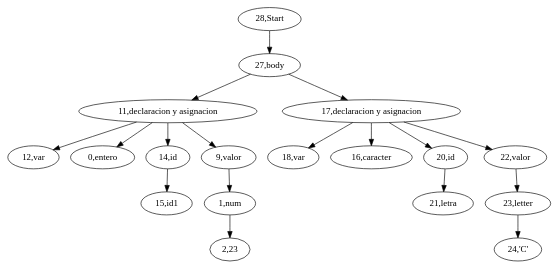
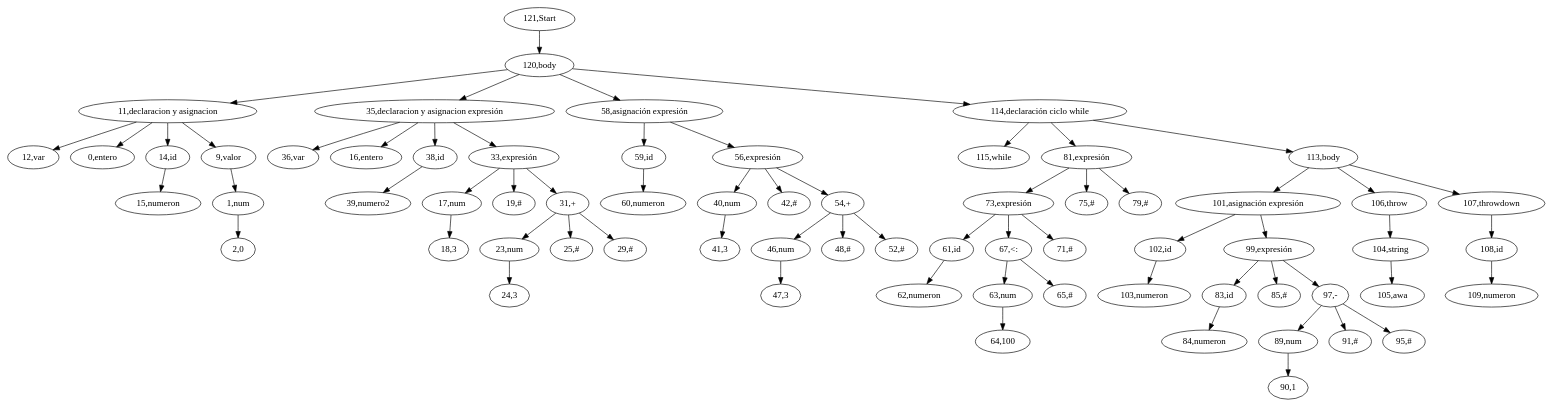
The diagram in src/AST/AST.dot (mata889/Compilacion_Proyect), drawn with Graphviz before and after one commit. The commit also changed 3 other files, not shown here.

```diff
--- a/src/AST/AST.dot
+++ b/src/AST/AST.dot
@@ -1,20 +1,70 @@
 digraph {
-"28,Start" -> "27,body";
-"27,body" -> "11,declaracion y asignacion";
+"121,Start" -> "120,body";
+"120,body" -> "11,declaracion y asignacion";
 "11,declaracion y asignacion" -> "12,var";
 "11,declaracion y asignacion" -> "0,entero";
 "11,declaracion y asignacion" -> "14,id";
-"14,id" -> "15,id1";
+"14,id" -> "15,numeron";
 "11,declaracion y asignacion" -> "9,valor";
 "9,valor" -> "1,num";
-"1,num" -> "2,23";
-"27,body" -> "17,declaracion y asignacion";
-"17,declaracion y asignacion" -> "18,var";
-"17,declaracion y asignacion" -> "16,caracter";
-"17,declaracion y asignacion" -> "20,id";
-"20,id" -> "21,letra";
-"17,declaracion y asignacion" -> "22,valor";
-"22,valor" -> "23,letter";
-"23,letter" -> "24,'C'";
+"1,num" -> "2,0";
+"120,body" -> "35,declaracion y asignacion expresión";
+"35,declaracion y asignacion expresión" -> "36,var";
+"35,declaracion y asignacion expresión" -> "16,entero";
+"35,declaracion y asignacion expresión" -> "38,id";
+"38,id" -> "39,numero2";
+"35,declaracion y asignacion expresión" -> "33,expresión";
+"33,expresión" -> "17,num";
+"17,num" -> "18,3";
+"33,expresión" -> "19,#";
+"33,expresión" -> "31,+";
+"31,+" -> "23,num";
+"23,num" -> "24,3";
+"31,+" -> "25,#";
+"31,+" -> "29,#";
+"120,body" -> "58,asignación expresión";
+"58,asignación expresión" -> "59,id";
+"59,id" -> "60,numeron";
+"58,asignación expresión" -> "56,expresión";
+"56,expresión" -> "40,num";
+"40,num" -> "41,3";
+"56,expresión" -> "42,#";
+"56,expresión" -> "54,+";
+"54,+" -> "46,num";
+"46,num" -> "47,3";
+"54,+" -> "48,#";
+"54,+" -> "52,#";
+"120,body" -> "114,declaración ciclo while";
+"114,declaración ciclo while" -> "115,while";
+"114,declaración ciclo while" -> "81,expresión";
+"81,expresión" -> "73,expresión";
+"73,expresión" -> "61,id";
+"61,id" -> "62,numeron";
+"73,expresión" -> "67,<:";
+"67,<:" -> "63,num";
+"63,num" -> "64,100";
+"67,<:" -> "65,#";
+"73,expresión" -> "71,#";
+"81,expresión" -> "75,#";
+"81,expresión" -> "79,#";
+"114,declaración ciclo while" -> "113,body";
+"113,body" -> "101,asignación expresión";
+"101,asignación expresión" -> "102,id";
+"102,id" -> "103,numeron";
+"101,asignación expresión" -> "99,expresión";
+"99,expresión" -> "83,id";
+"83,id" -> "84,numeron";
+"99,expresión" -> "85,#";
+"99,expresión" -> "97,-";
+"97,-" -> "89,num";
+"89,num" -> "90,1";
+"97,-" -> "91,#";
+"97,-" -> "95,#";
+"113,body" -> "106,throw";
+"106,throw" -> "104,string";
+"104,string" -> "105,awa";
+"113,body" -> "107,throwdown";
+"107,throwdown" -> "108,id";
+"108,id" -> "109,numeron";
 
 }
```
